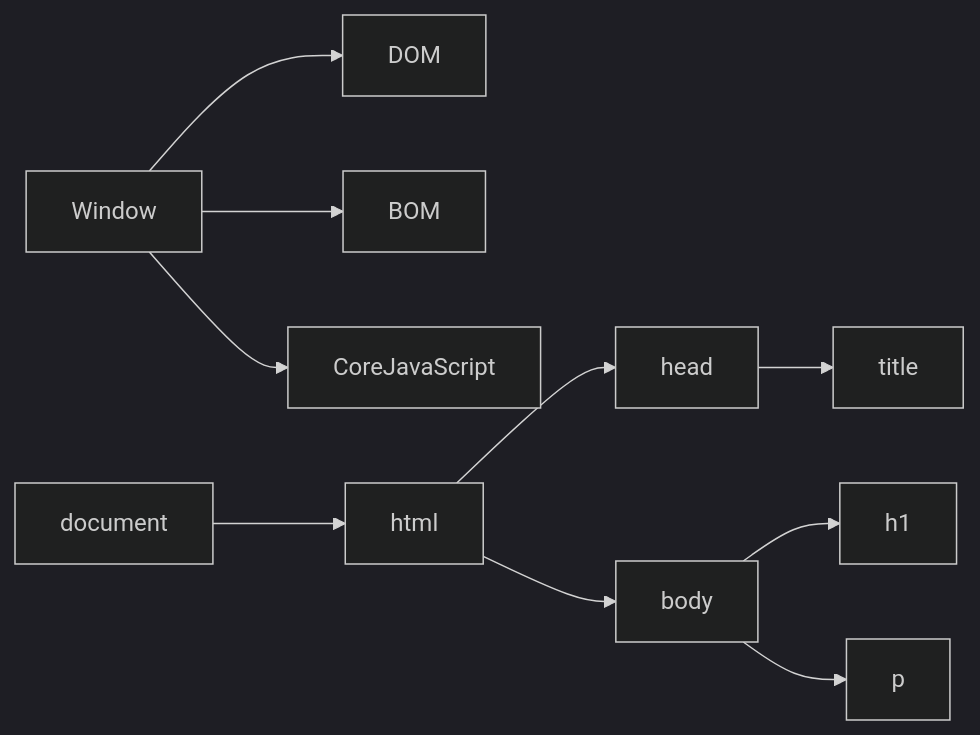
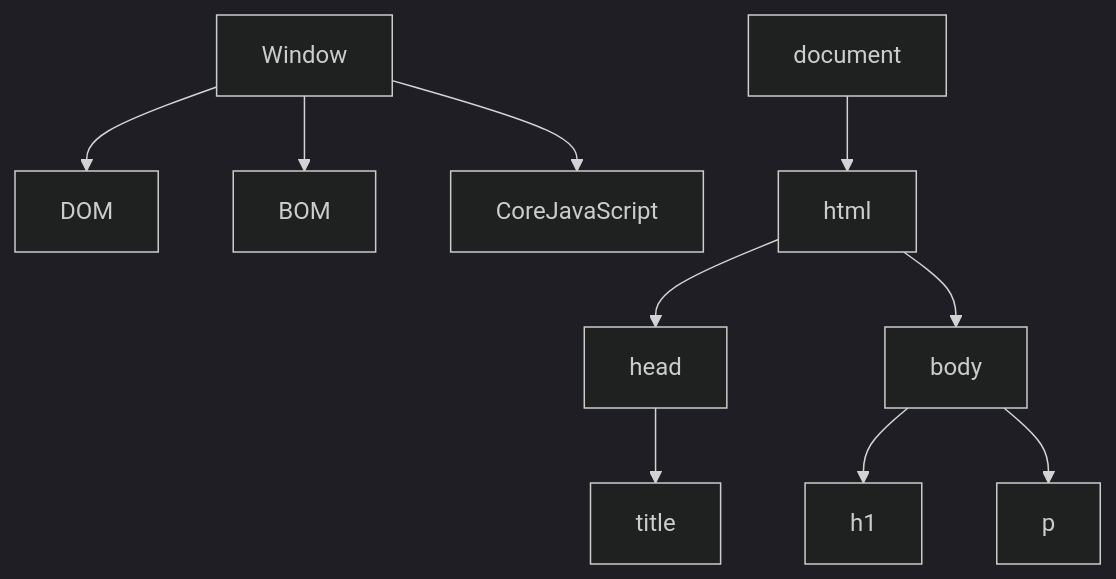
The diagram in DOM.md (siddharthkumarrai/Javascript_guide), drawn with Mermaid (dark theme) before and after one commit.

````diff
--- a/DOM.md
+++ b/DOM.md
@@ -11,13 +11,13 @@
 ```mermaid
-graph LR;
+graph TB;
     Window --> DOM;
     Window --> BOM;
     Window --> CoreJavaScript;
     
     document --> html;
     html --> head;
     html --> body;
     head --> title;
     body --> h1;
     body --> p;
 ```
````
